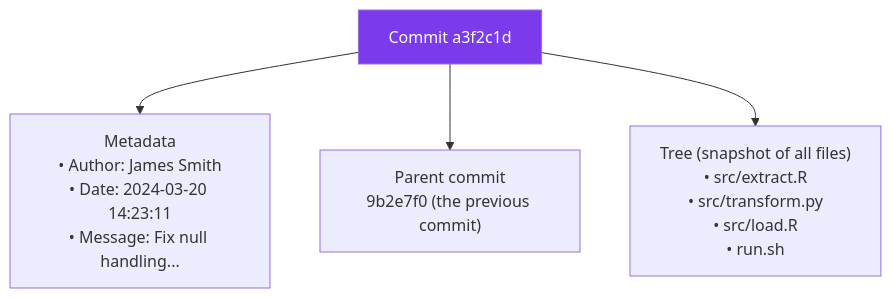
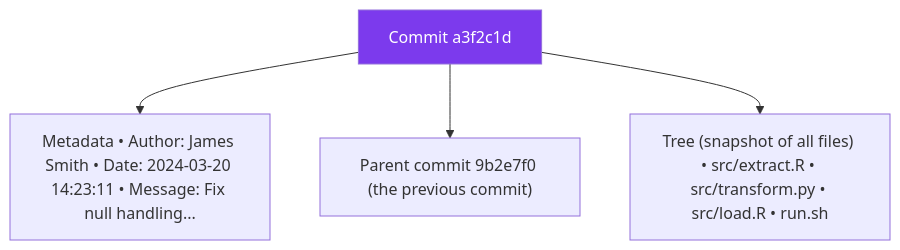
One commit to Ch3w3y/docker_gcp changed the third of 6 diagrams in docs/git-fundamentals.md. Above: the diagram before and after it, drawn with Mermaid. The commit also changed other lines of this file and 10 other files, not shown here.

First line of the commit message:
Fix mermaid diagram rendering: replace literal \n with spaces

````diff
--- a/docs/git-fundamentals.md
+++ b/docs/git-fundamentals.md
@@ -149,9 +149,9 @@
 ```mermaid
 flowchart TD
     C["Commit a3f2c1d"]
-    C --> META["Metadata\n• Author: James Smith\n• Date: 2024-03-20 14:23:11\n• Message: Fix null handling..."]
-    C --> PARENT["Parent commit\n9b2e7f0 (the previous commit)"]
-    C --> TREE["Tree (snapshot of all files)\n• src/extract.R\n• src/transform.py\n• src/load.R\n• run.sh"]
+    C --> META["Metadata • Author: James Smith • Date: 2024-03-20 14:23:11 • Message: Fix null handling..."]
+    C --> PARENT["Parent commit 9b2e7f0 (the previous commit)"]
+    C --> TREE["Tree (snapshot of all files) • src/extract.R • src/transform.py • src/load.R • run.sh"]
 
     style C fill:#7c3aed,color:#fff
 ```
````
